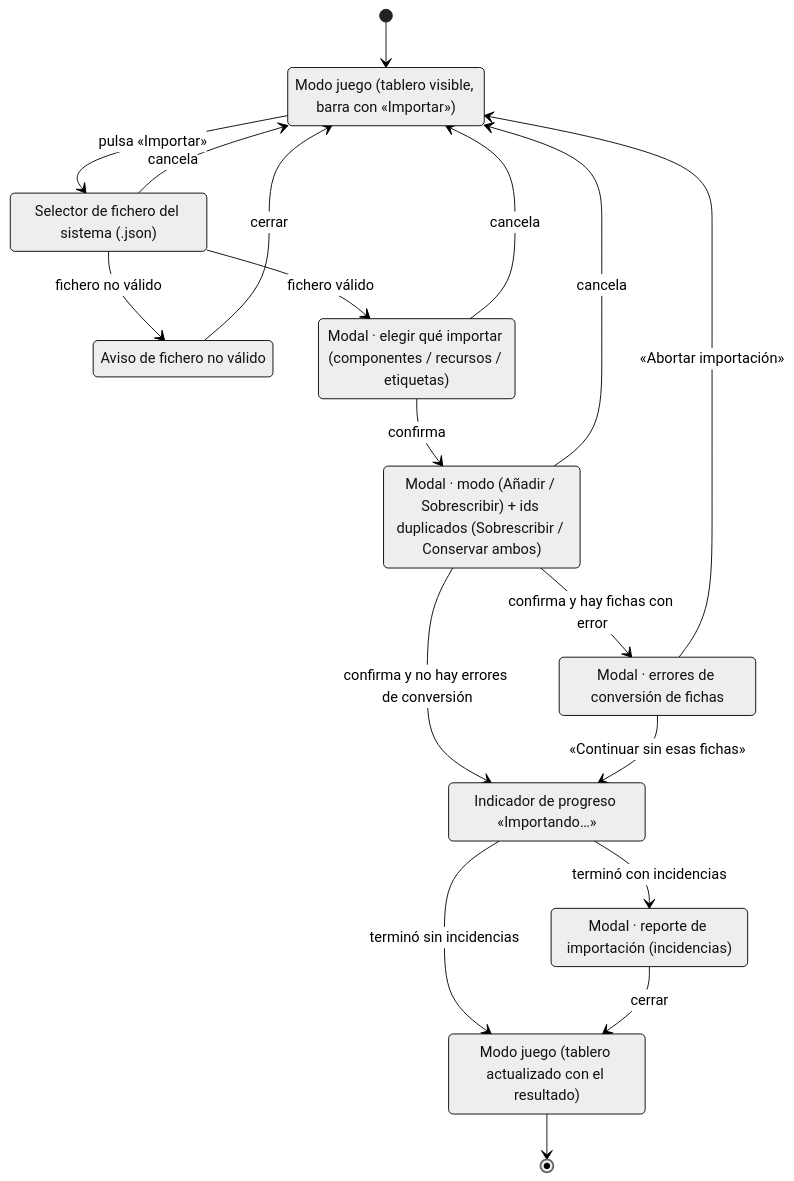
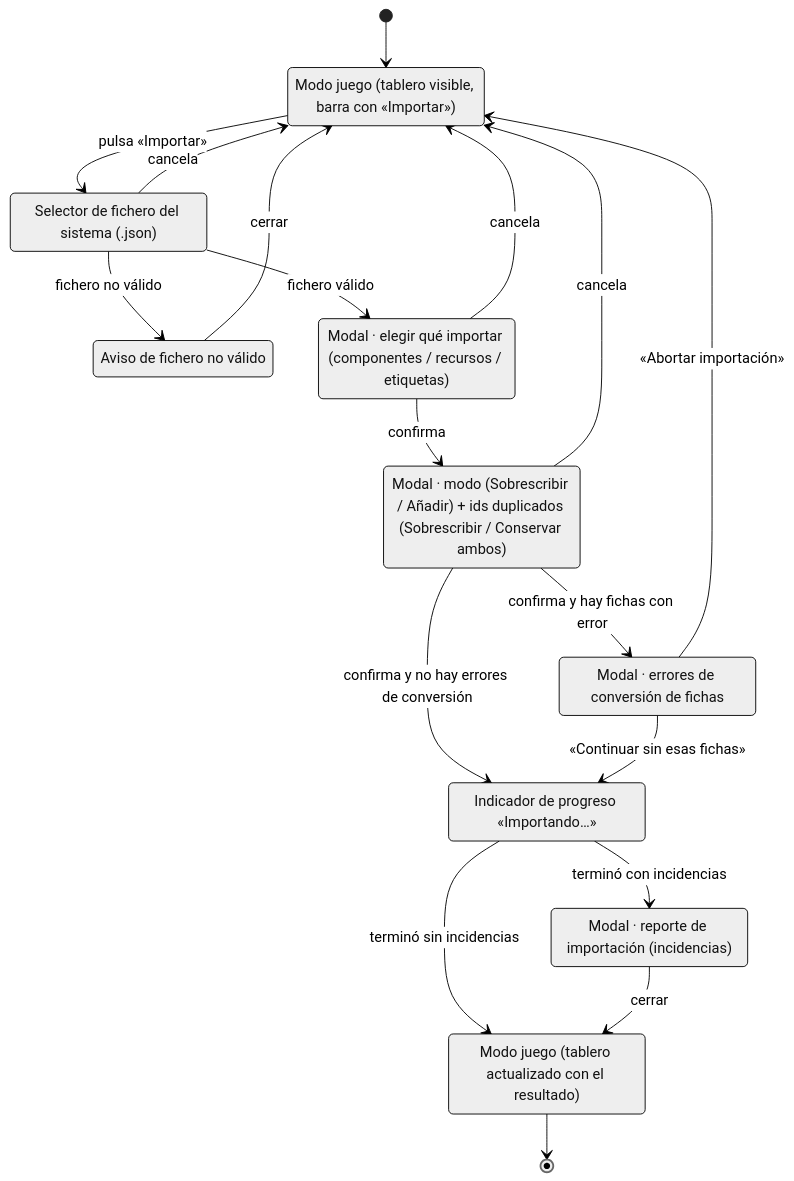
One commit to yeyopepe/bgfactory changed the diagram in previo-sdd/design/docs/features/032-exportar-importar-componentes-en-json-con-seleccion.md. Above: the diagram before and after it, drawn with Mermaid (neutral theme). The commit also changed other lines of this file and 40 other files, not shown here.

````diff
--- a/previo-sdd/design/docs/features/032-exportar-importar-componentes-en-json-con-seleccion.md
+++ b/previo-sdd/design/docs/features/032-exportar-importar-componentes-en-json-con-seleccion.md
@@ -20,36 +20,36 @@
 ```mermaid
 stateDiagram-v2
     [*] --> ModoJuego
 
     ModoJuego: Modo juego (tablero visible, barra con «Importar»)
     SelectorFichero: Selector de fichero del sistema (.json)
     AvisoError: Aviso de fichero no válido
     ModalSeleccion: Modal · elegir qué importar (componentes / recursos / etiquetas)
-    ModalConfirmacion: Modal · modo (Añadir / Sobrescribir) + ids duplicados (Sobrescribir / Conservar ambos)
+    ModalConfirmacion: Modal · modo (Sobrescribir / Añadir) + ids duplicados (Sobrescribir / Conservar ambos)
     ModalErroresConversion: Modal · errores de conversión de fichas
     Progreso: Indicador de progreso «Importando…»
     ModalReporte: Modal · reporte de importación (incidencias)
     ModoJuegoActualizado: Modo juego (tablero actualizado con el resultado)
 
     ModoJuego --> SelectorFichero : pulsa «Importar»
     SelectorFichero --> ModoJuego : cancela
     SelectorFichero --> AvisoError : fichero no válido
     AvisoError --> ModoJuego : cerrar
     SelectorFichero --> ModalSeleccion : fichero válido
 
     ModalSeleccion --> ModoJuego : cancela
     ModalSeleccion --> ModalConfirmacion : confirma
 
     ModalConfirmacion --> ModoJuego : cancela
     ModalConfirmacion --> ModalErroresConversion : confirma y hay fichas con error
     ModalConfirmacion --> Progreso : confirma y no hay errores de conversión
 
     ModalErroresConversion --> ModoJuego : «Abortar importación»
     ModalErroresConversion --> Progreso : «Continuar sin esas fichas»
 
     Progreso --> ModalReporte : terminó con incidencias
     Progreso --> ModoJuegoActualizado : terminó sin incidencias
     ModalReporte --> ModoJuegoActualizado : cerrar
 
     ModoJuegoActualizado --> [*]
 ```
````
